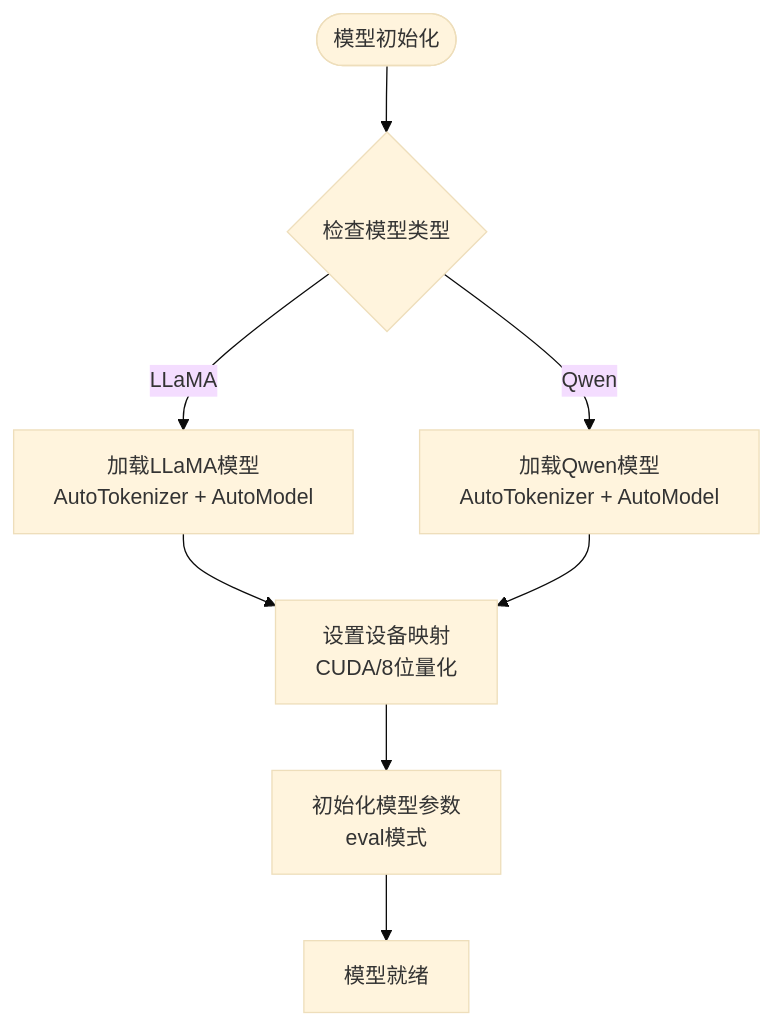
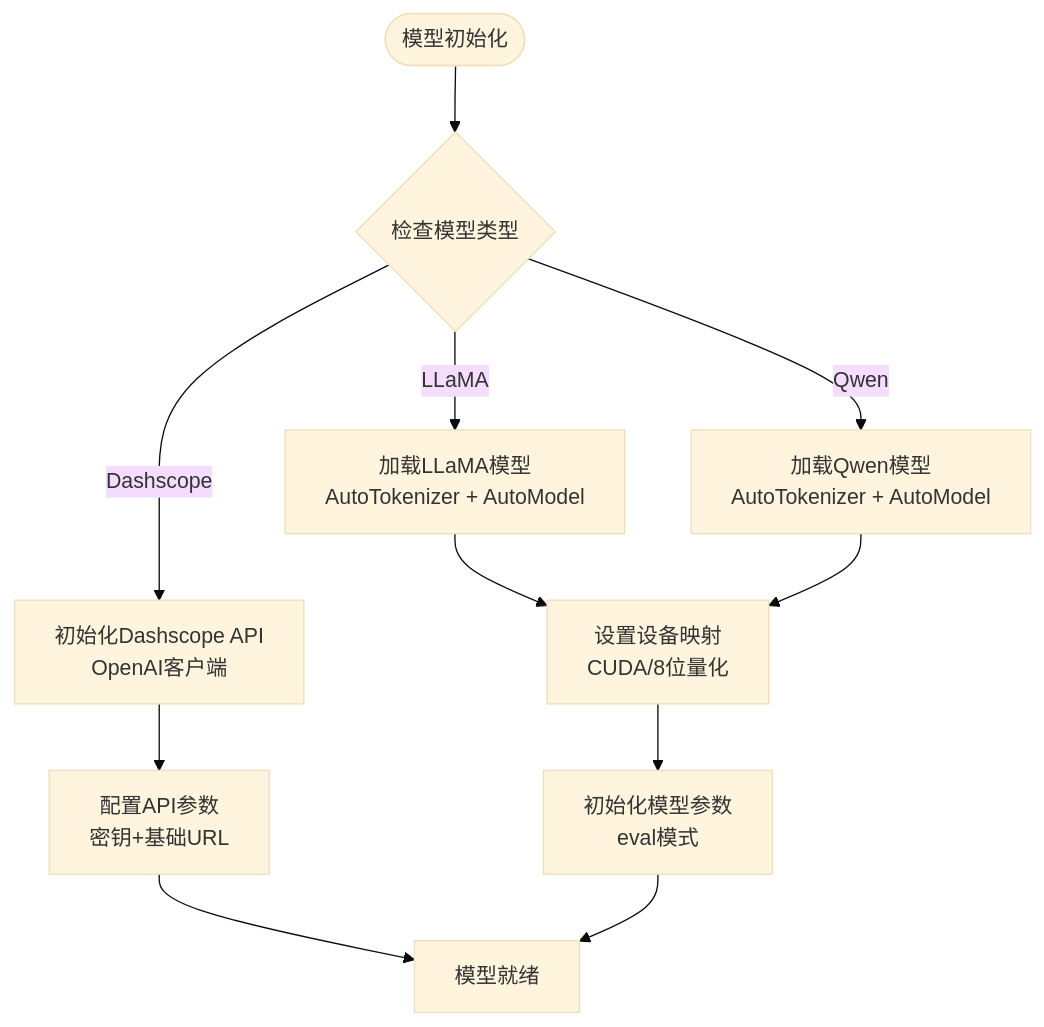
Before and after one commit to kitee0918/-nlp-rag-project: the fifth of 8 diagrams in .qoder/repowiki/zh/content/技术实现指南/生成模型集成.md, drawn with Mermaid (base theme). The commit also changed other lines of this file and 4 other files, not shown here.

````diff
--- a/.qoder/repowiki/zh/content/技术实现指南/生成模型集成.md
+++ b/.qoder/repowiki/zh/content/技术实现指南/生成模型集成.md
@@ -261,10 +299,13 @@
 ```mermaid
 flowchart TD
 Start([模型初始化]) --> CheckType{"检查模型类型"}
 CheckType --> |LLaMA| LoadLLaMA["加载LLaMA模型<br/>AutoTokenizer + AutoModel"]
 CheckType --> |Qwen| LoadQwen["加载Qwen模型<br/>AutoTokenizer + AutoModel"]
+CheckType --> |Dashscope| LoadAPI["初始化Dashscope API<br/>OpenAI客户端"]
 LoadLLaMA --> SetupDevice["设置设备映射<br/>CUDA/8位量化"]
 LoadQwen --> SetupDevice
+LoadAPI --> SetupConfig["配置API参数<br/>密钥+基础URL"]
 SetupDevice --> InitModel["初始化模型参数<br/>eval模式"]
-InitModel --> Ready["模型就绪"]
+SetupConfig --> Ready["模型就绪"]
+InitModel --> Ready
 ```
````
